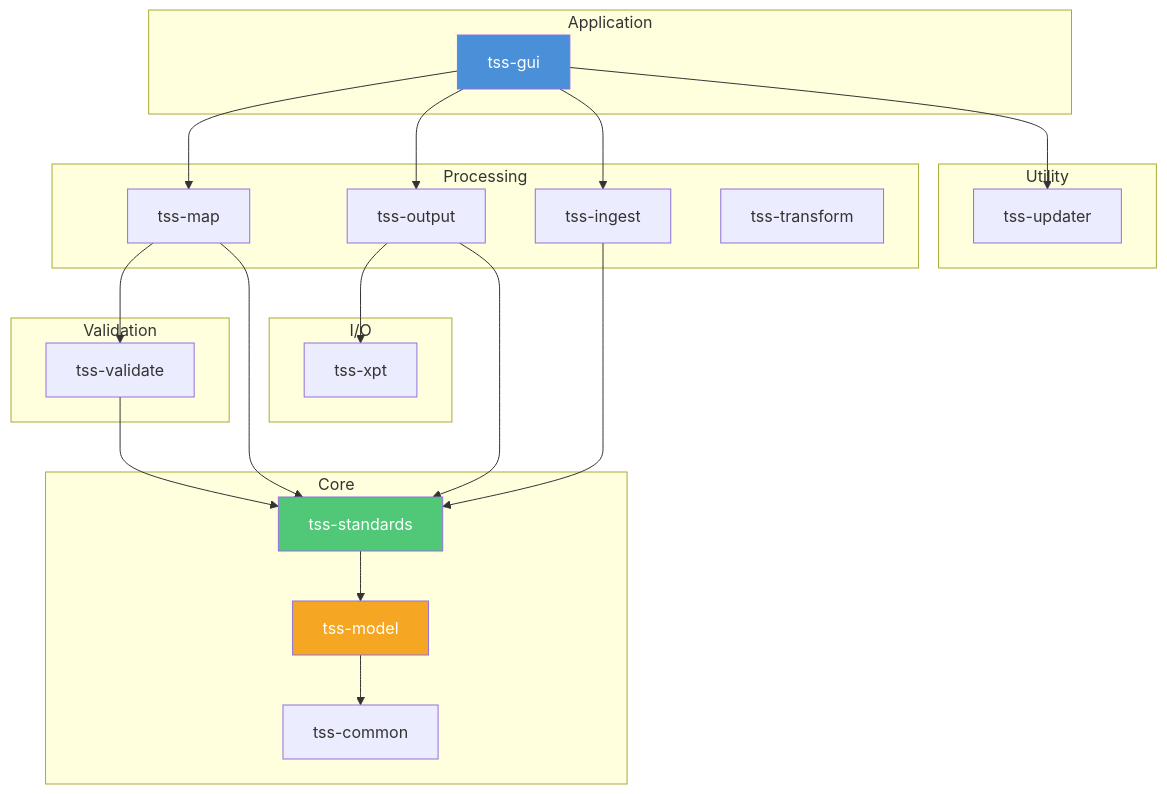
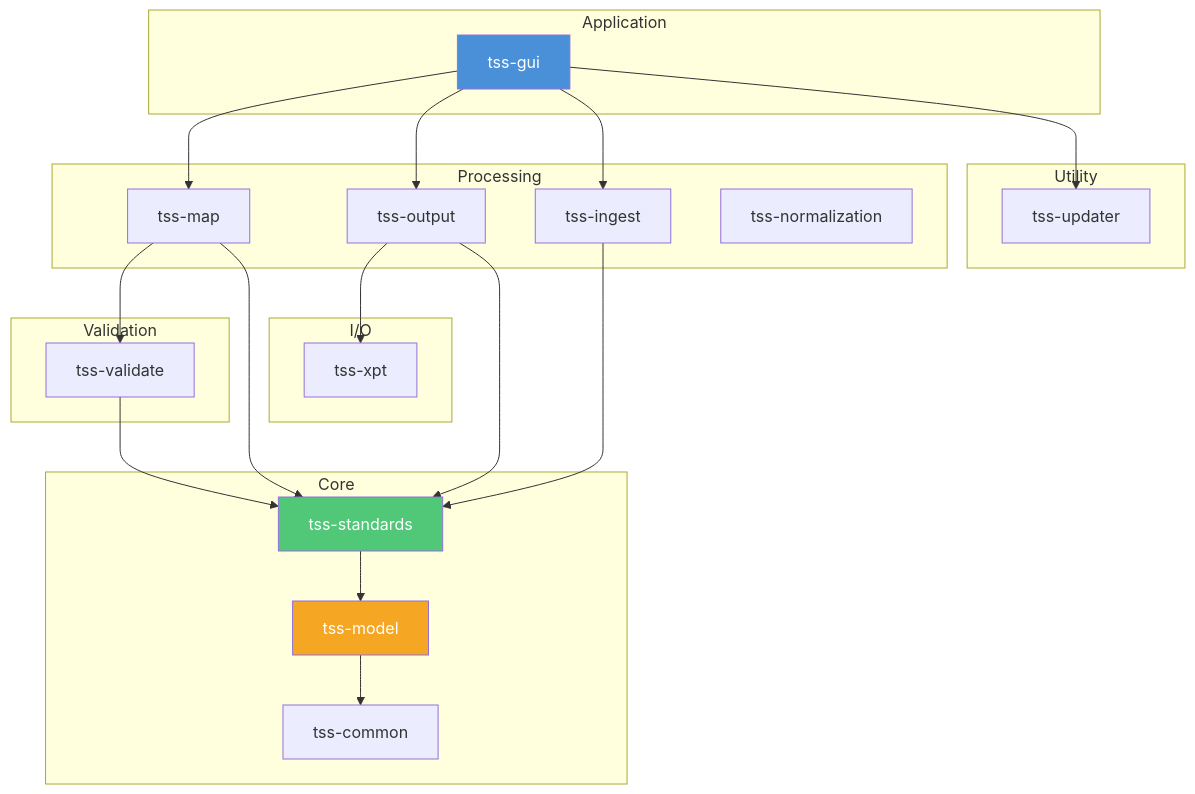
Before and after one commit to rubentalstra/Trial-Submission-Studio: the first of 3 diagrams in docs/src/architecture/overview.md, drawn with Mermaid. The commit also changed other lines of this file and 30 other files, not shown here.

Commit message:
feat: rename tss-transform to tss-normalization and update references

````diff
--- a/docs/src/architecture/overview.md
+++ b/docs/src/architecture/overview.md
@@ -45,47 +45,47 @@
 ```mermaid
 flowchart TD
     subgraph Application
         GUI[tss-gui]
     end
 
     subgraph Processing
         MAP[tss-map]
         OUTPUT[tss-output]
         INGEST[tss-ingest]
-        TRANSFORM[tss-transform]
+        TRANSFORM[tss-normalization]
     end
 
     subgraph Validation
         VALIDATE[tss-validate]
     end
 
     subgraph I/O
         XPT[tss-xpt]
     end
 
     subgraph Core
         STANDARDS[tss-standards]
         MODEL[tss-model]
         COMMON[tss-common]
     end
 
     subgraph Utility
         UPDATER[tss-updater]
     end
 
     GUI --> MAP
     GUI --> OUTPUT
     GUI --> INGEST
     GUI --> UPDATER
     MAP --> VALIDATE
     MAP --> STANDARDS
     OUTPUT --> XPT
     OUTPUT --> STANDARDS
     INGEST --> STANDARDS
     VALIDATE --> STANDARDS
     STANDARDS --> MODEL
     MODEL --> COMMON
     style GUI fill: #4a90d9, color: #fff
     style STANDARDS fill: #50c878, color: #fff
     style MODEL fill: #f5a623, color: #fff
 ```
````
